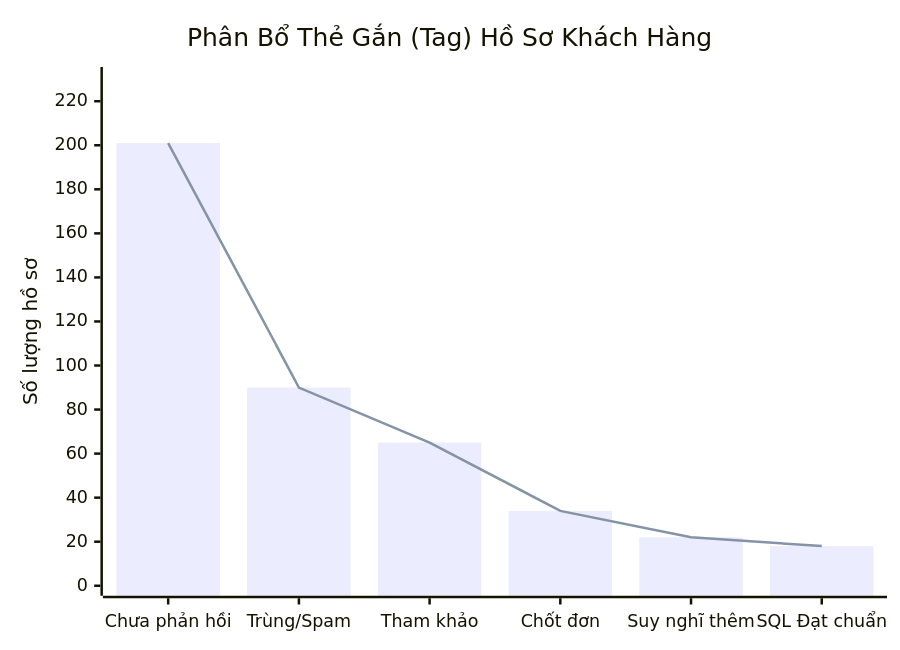
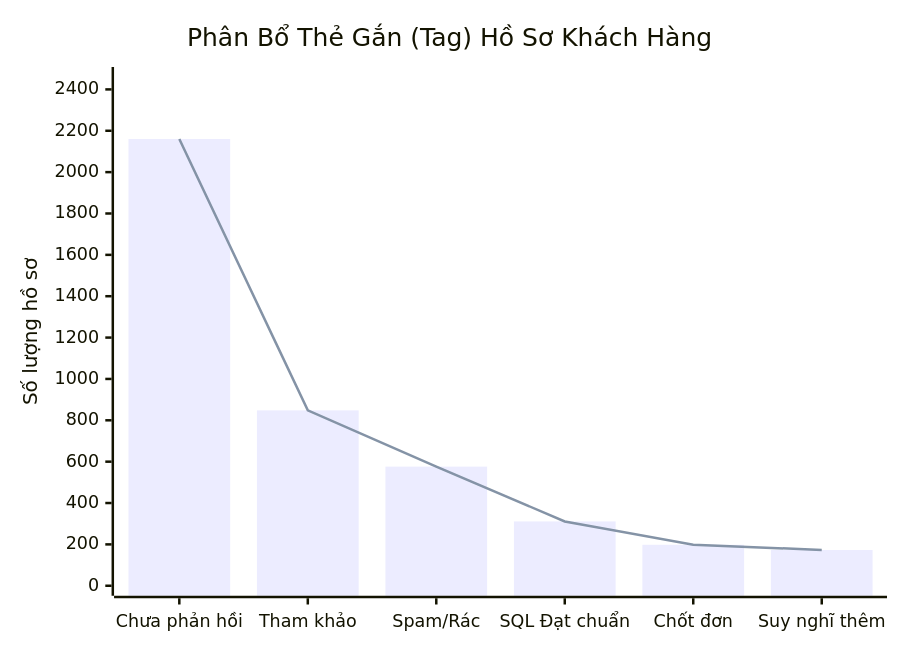
One commit to dai-duong-1992/nerci-wiki changed the fifth of 8 diagrams in content/Pancake-Audit/2026-08-25-NERCI-Pancake-Omnichannel-Performance-Report.md. Above: the diagram before and after it, drawn with Mermaid. The commit also changed other lines of this file and 2 other files, not shown here.

````diff
--- a/content/Pancake-Audit/2026-08-25-NERCI-Pancake-Omnichannel-Performance-Report.md
+++ b/content/Pancake-Audit/2026-08-25-NERCI-Pancake-Omnichannel-Performance-Report.md
@@ -110,8 +119,8 @@
 ```mermaid
 xychart-beta
     title "Phân Bổ Thẻ Gắn (Tag) Hồ Sơ Khách Hàng"
-    x-axis ["Chưa phản hồi", "Trùng/Spam", "Tham khảo", "Chốt đơn", "Suy nghĩ thêm", "SQL Đạt chuẩn"]
-    y-axis "Số lượng hồ sơ" 0 --> 231
-    bar [201, 90, 65, 34, 22, 18]
-    line [201, 90, 65, 34, 22, 18]
+    x-axis ["Chưa phản hồi", "Tham khảo", "Spam/Rác", "SQL Đạt chuẩn", "Chốt đơn", "Suy nghĩ thêm"]
+    y-axis "Số lượng hồ sơ" 0 --> 2460
+    bar [2160, 848, 576, 311, 198, 173]
+    line [2160, 848, 576, 311, 198, 173]
 ```
````
